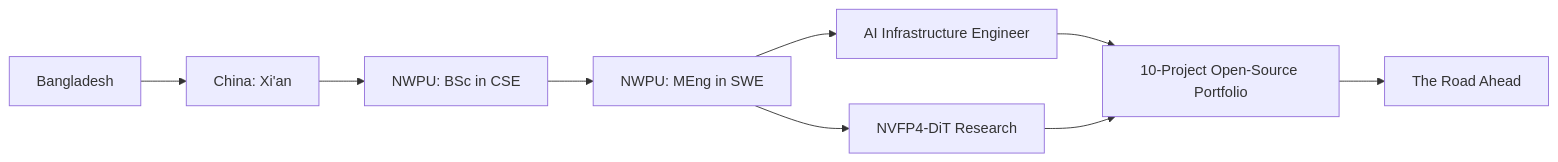
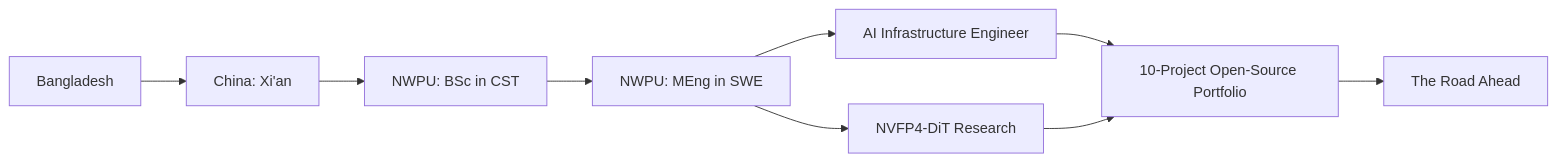
The diagram in README.md (theraihanrakibb/theraihanrakibb), drawn with Mermaid before and after one commit. The commit also changed other lines of this file, not shown here.

First line of the commit message:
docs(profile): BSc in CST; restore original summary-cards stats layout

````diff
--- a/README.md
+++ b/README.md
@@ -35,11 +35,11 @@
 ```mermaid
 flowchart LR
     BD[Bangladesh] --> CN[China: Xi'an]
-    CN --> BS[NWPU: BSc in CSE]
+    CN --> BS[NWPU: BSc in CST]
     BS --> MS[NWPU: MEng in SWE]
     MS --> AI[AI Infrastructure Engineer]
     MS --> RS[NVFP4-DiT Research]
     AI --> PF[10-Project Open-Source Portfolio]
     RS --> PF
     PF --> FUT[The Road Ahead]
 ```
````
